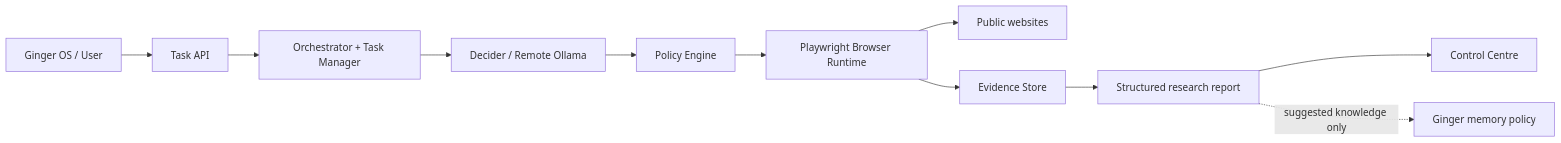
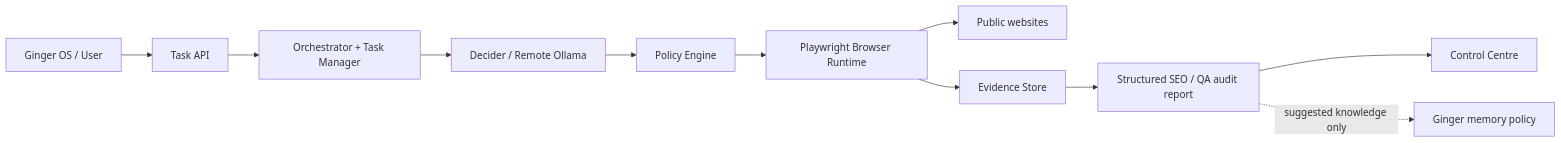
Before and after one commit to codewithwest/project_ginger-night-walker: the diagram in README.md, drawn with Mermaid.

Commit message:
Align README architecture diagram with SEO and QA reports

````diff
--- a/README.md
+++ b/README.md
@@ -29,13 +29,13 @@
 ```mermaid
 flowchart LR
     G[Ginger OS / User] --> API[Task API]
     API --> O[Orchestrator + Task Manager]
     O --> D[Decider / Remote Ollama]
     D --> P[Policy Engine]
     P --> B[Playwright Browser Runtime]
     B --> W[Public websites]
     B --> E[Evidence Store]
-    E --> R[Structured research report]
+    E --> R[Structured SEO / QA audit report]
     R --> UI[Control Centre]
     R -. suggested knowledge only .-> M[Ginger memory policy]
 ```
````
